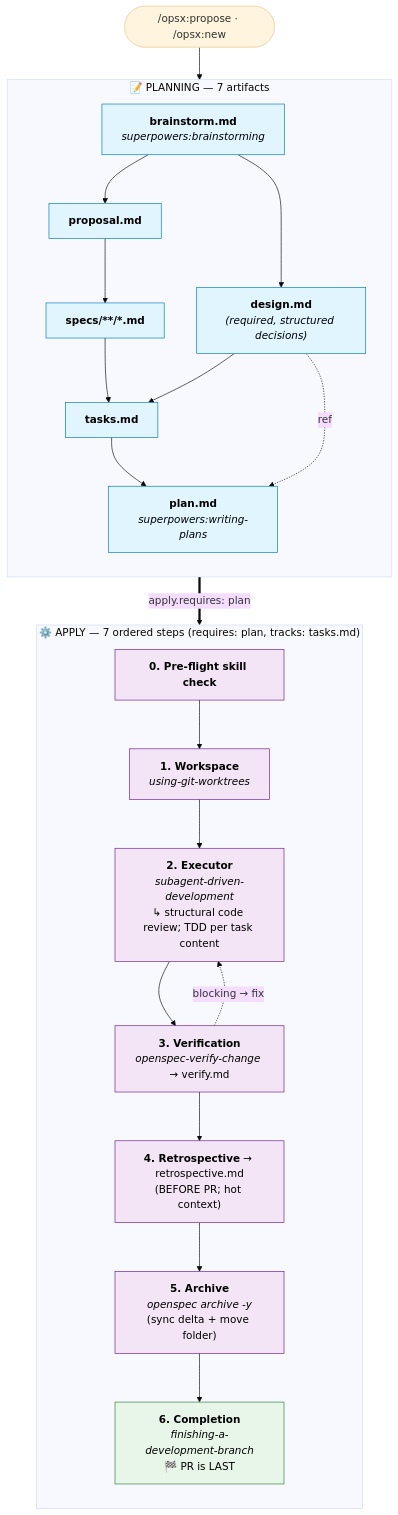
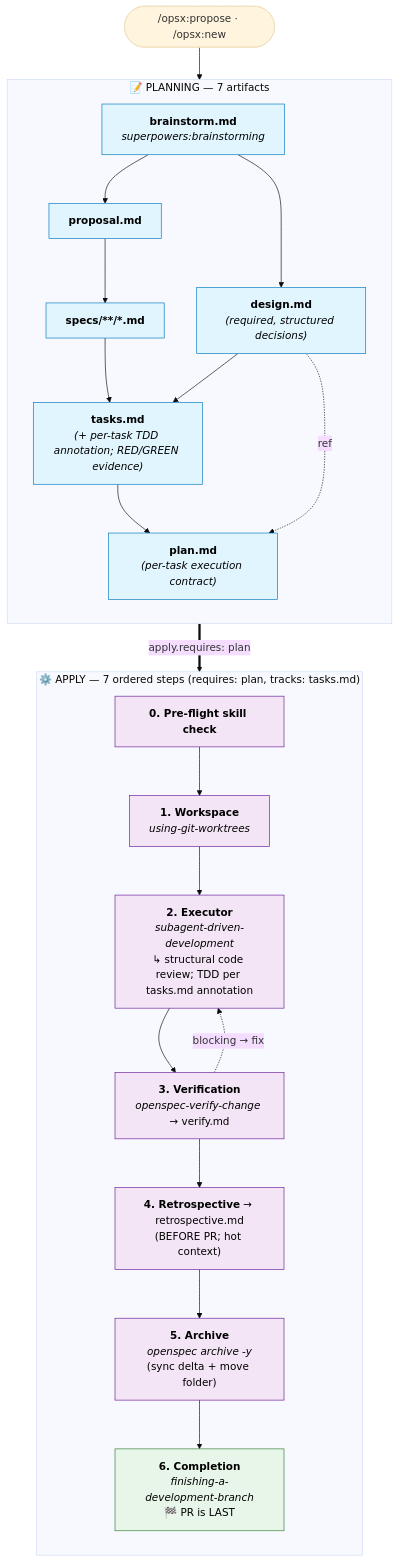
One commit to azuma520/openspec-schemas changed the diagram in superpowers-bridge/README.md. Above: the diagram before and after it, drawn with Mermaid (base theme). The commit also changed other lines of this file and 11 other files, not shown here.

````diff
--- a/superpowers-bridge/README.md
+++ b/superpowers-bridge/README.md
@@ -221,48 +221,48 @@
 ```mermaid
 flowchart TD
     Start([/opsx:propose · /opsx:new])
 
     subgraph Plan ["📝 PLANNING — 7 artifacts"]
         direction TB
         BS["<b>brainstorm.md</b><br/><i>superpowers:brainstorming</i>"]
         PROP["<b>proposal.md</b>"]
         DES["<b>design.md</b><br/><i>(required, structured decisions)</i>"]
         SP["<b>specs/**/*.md</b>"]
-        TK["<b>tasks.md</b>"]
-        PL["<b>plan.md</b><br/><i>superpowers:writing-plans</i>"]
+        TK["<b>tasks.md</b><br/><i>(+ per-task TDD annotation; RED/GREEN evidence)</i>"]
+        PL["<b>plan.md</b><br/><i>(per-task execution contract)</i>"]
 
         BS --> PROP
         BS --> DES
         PROP --> SP
         SP --> TK
         DES --> TK
         TK --> PL
         DES -. ref .-> PL
     end
 
     subgraph Apply ["⚙️ APPLY — 7 ordered steps (requires: plan, tracks: tasks.md)"]
         direction TB
         A0["<b>0. Pre-flight skill check</b>"]
         A1["<b>1. Workspace</b><br/><i>using-git-worktrees</i>"]
-        A2["<b>2. Executor</b><br/><i>subagent-driven-development</i><br/>↳ structural code review; TDD per task content"]
+        A2["<b>2. Executor</b><br/><i>subagent-driven-development</i><br/>↳ structural code review; TDD per tasks.md annotation"]
         A3["<b>3. Verification</b><br/><i>openspec-verify-change</i> → verify.md"]
         A4["<b>4. Retrospective</b> → retrospective.md<br/>(BEFORE PR; hot context)"]
         A5["<b>5. Archive</b><br/><i>openspec archive -y</i><br/>(sync delta + move folder)"]
         A6["<b>6. Completion</b><br/><i>finishing-a-development-branch</i><br/>🏁 PR is LAST"]
 
         A0 --> A1 --> A2 --> A3
         A3 -. blocking → fix .-> A2
         A3 --> A4 --> A5 --> A6
     end
 
     Start --> BS
     PL ==>|apply.requires: plan| A0
 
     classDef artifact fill:#e1f5ff,stroke:#0277bd,color:#000
     classDef step fill:#f3e5f5,stroke:#6a1b9a,color:#000
     classDef capstone fill:#e8f5e9,stroke:#2e7d32,color:#000
 
     class BS,PROP,DES,SP,TK,PL artifact
     class A0,A1,A2,A3,A4,A5 step
     class A6 capstone
 ```
````
